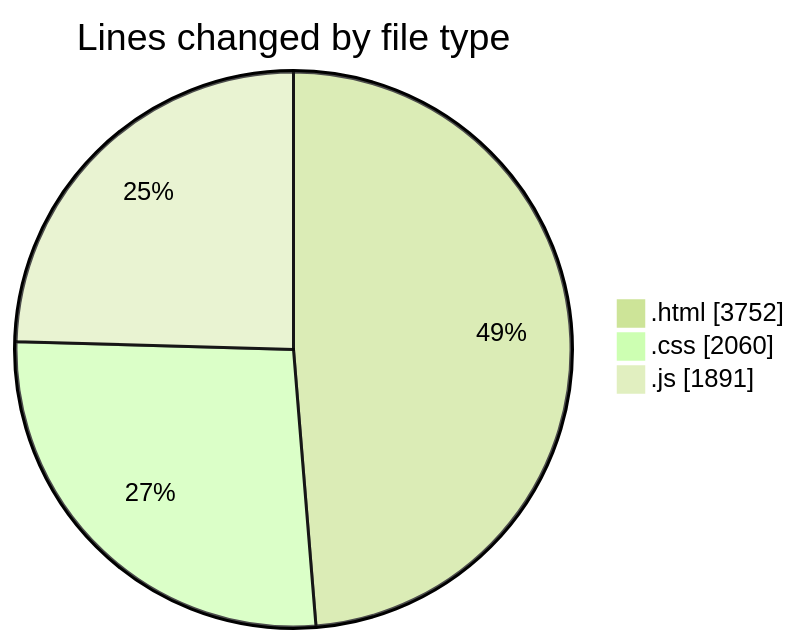
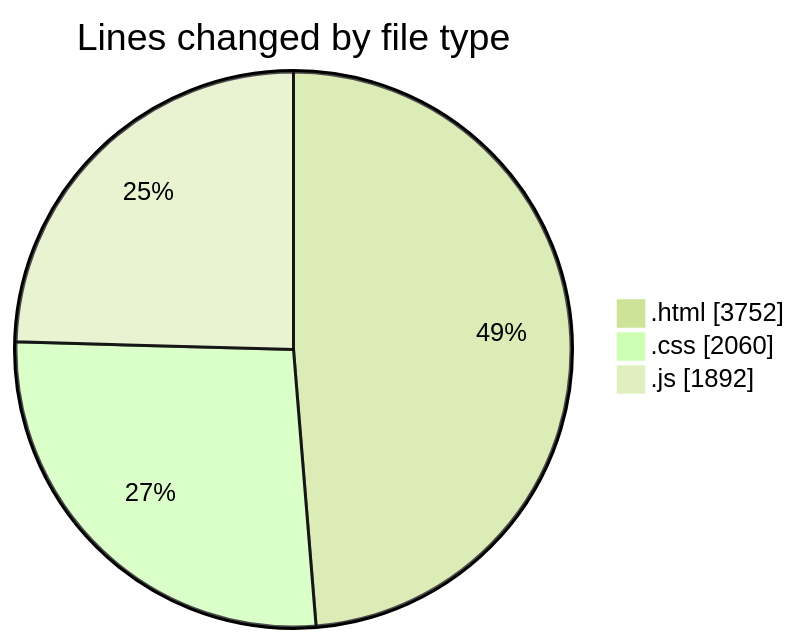
Before and after one commit to Ritupan-Deka/code-tracking: the first of 2 diagrams in 2025-05-24/projects/README.md, drawn with Mermaid (forest theme). The commit also changed other lines of this file and 1 other file, not shown here.

````diff
--- a/2025-05-24/projects/README.md
+++ b/2025-05-24/projects/README.md
@@ -25,7 +25,7 @@
 ```mermaid
 pie showData
 title Lines changed by file type
 ".html" : 3752
 ".css" : 2060
-".js" : 1891
+".js" : 1892
 ```
````
